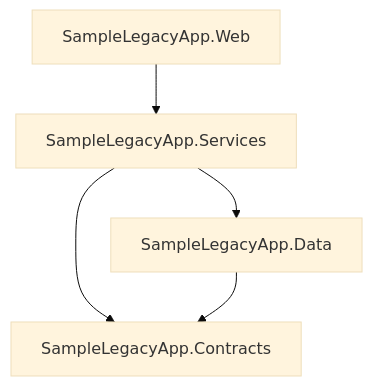
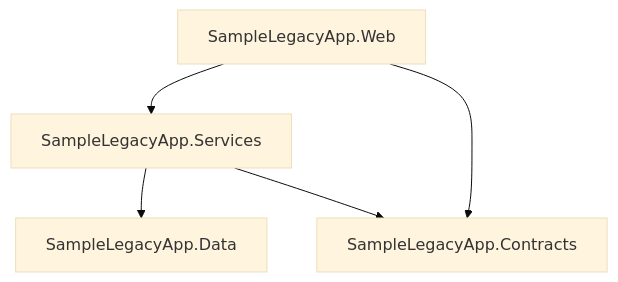
The diagram in README.md (MahmoodAkhtar/LegacyLens.Net), drawn with Mermaid (base theme) before and after one commit. The commit also changed other lines of this file and 2 other files, not shown here.

````diff
--- a/README.md
+++ b/README.md
@@ -274,7 +346,7 @@
 ```mermaid
 graph TD
     SampleLegacyApp.Web --> SampleLegacyApp.Services
     SampleLegacyApp.Services --> SampleLegacyApp.Data
     SampleLegacyApp.Services --> SampleLegacyApp.Contracts
-    SampleLegacyApp.Data --> SampleLegacyApp.Contracts
+    SampleLegacyApp.Web --> SampleLegacyApp.Contracts
 ```
````
